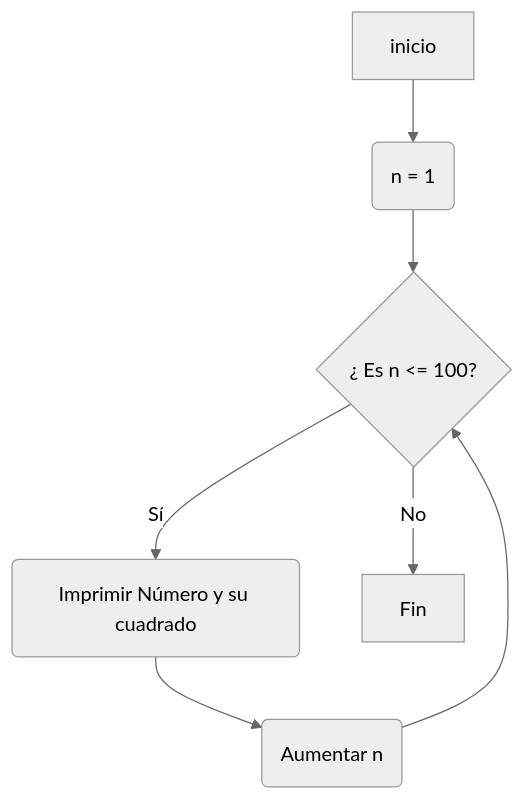
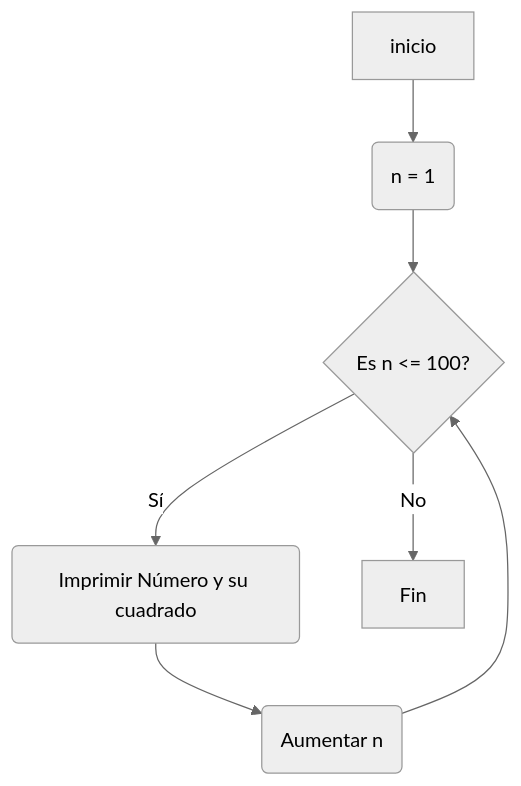
Before and after one commit to jeriosv/reto_7: the diagram in README.md, drawn with Mermaid (neutral theme).

````diff
--- a/README.md
+++ b/README.md
@@ -17,9 +17,9 @@
 ```mermaid
-  graph TD;
-     A[inicio] --> B(n = 1);
-     B -->C{¿ Es n <= 100?};
-     C -->|Sí| F(Imprimir Número y su cuadrado);
-     H -->C;
-     F -->H(Aumentar n);
-     C -->|No| G[Fin];
+graph TD;
+  A[inicio] --> B(n = 1);
+   B -->C{ Es n <= 100?};
+   C -->|Sí| F(Imprimir Número y su cuadrado);
+   H -->C;
+   F -->H(Aumentar n);
+   C -->|No| G[Fin];
 ```
````
